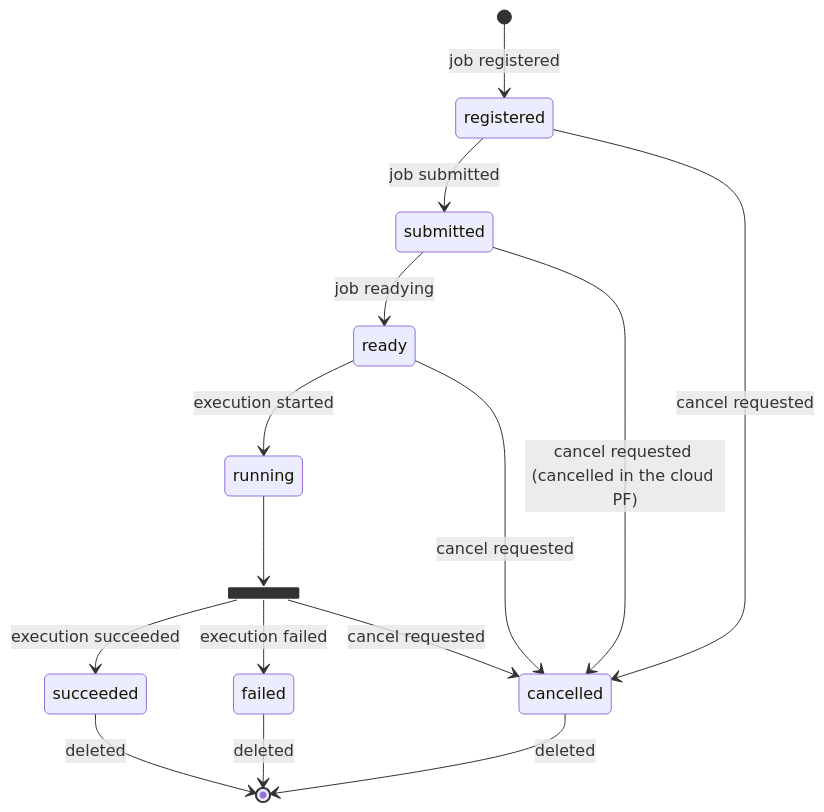
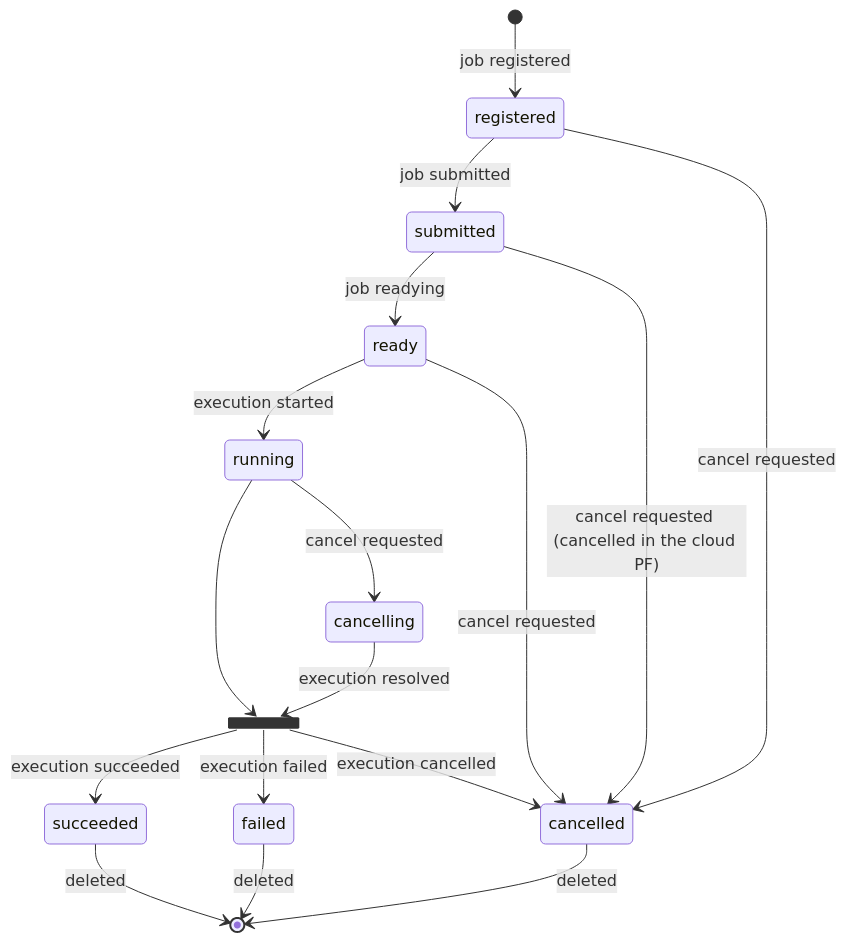
The diagram in docs/en/architecture/task_state_transition_diagram.md (oqtopus-team/oqtopus-cloud), drawn with Mermaid before and after one commit. The commit also changed 12 other files, not shown here.

````diff
--- a/docs/en/architecture/task_state_transition_diagram.md
+++ b/docs/en/architecture/task_state_transition_diagram.md
@@ -3,23 +3,25 @@
 ```mermaid
 stateDiagram-v2
     [*] --> registered :job registered
     registered --> submitted :job submitted
 
     submitted --> ready : job readying
     ready --> running : execution started
 
     state join_state <<join>>
     running --> join_state
+    running --> cancelling :cancel requested
+    cancelling --> join_state :execution resolved
 
     state join_state <<fork>>
     join_state --> succeeded :execution succeeded
     join_state --> failed :execution failed
-    join_state --> cancelled :cancel requested
+    join_state --> cancelled :execution cancelled
 
     succeeded --> [*] :deleted
     failed --> [*] :deleted
     registered --> cancelled :cancel requested
     submitted --> cancelled :cancel requested (cancelled in the cloud PF)
     ready --> cancelled :cancel requested
     cancelled --> [*] :deleted
 ```
````
